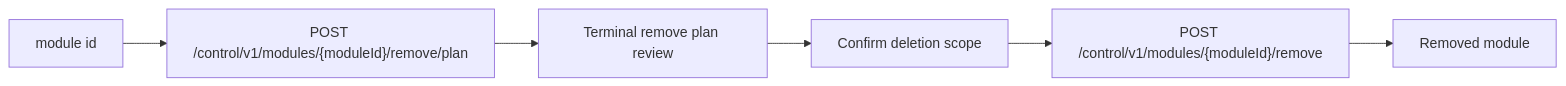
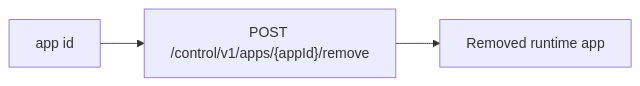
One commit to alex-de-haas/docker-host changed the fourth of 4 diagrams in docs/features/cli-module-commands.md. Above: the diagram before and after it, drawn with Mermaid. The commit also changed other lines of this file and 11 other files, not shown here.

````diff
--- a/docs/features/cli-module-commands.md
+++ b/docs/features/cli-module-commands.md
@@ -370,8 +346,5 @@
 ```mermaid
 flowchart LR
-  A["module id"] --> B["POST /control/v1/modules/{moduleId}/remove/plan"]
-  B --> C["Terminal remove plan review"]
-  C --> D["Confirm deletion scope"]
-  D --> E["POST /control/v1/modules/{moduleId}/remove"]
-  E --> F["Removed module"]
+  A["app id"] --> B["POST /control/v1/apps/{appId}/remove"]
+  B --> C["Removed runtime app"]
 ```
````
